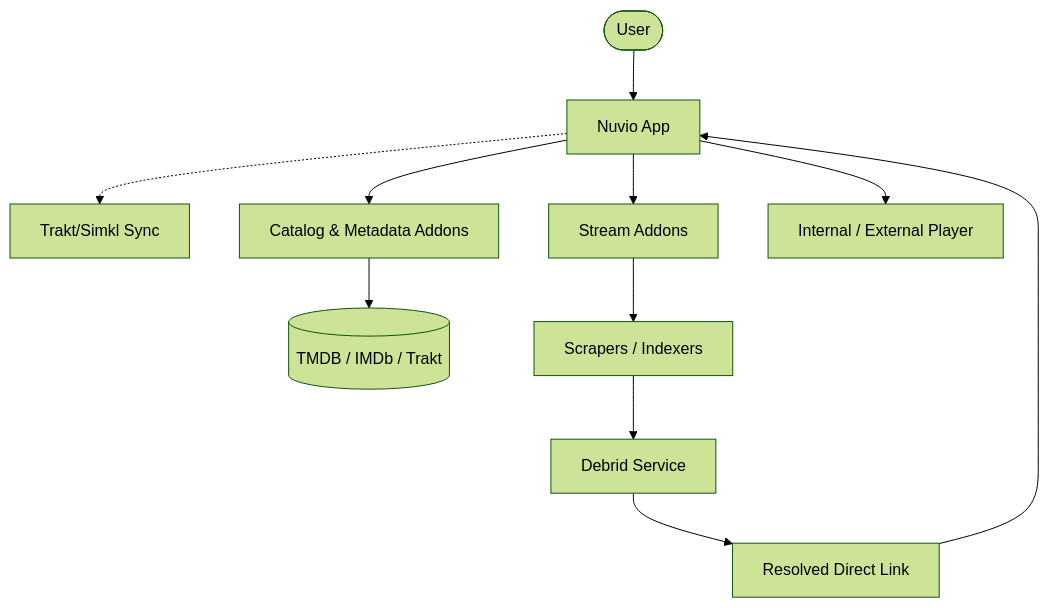
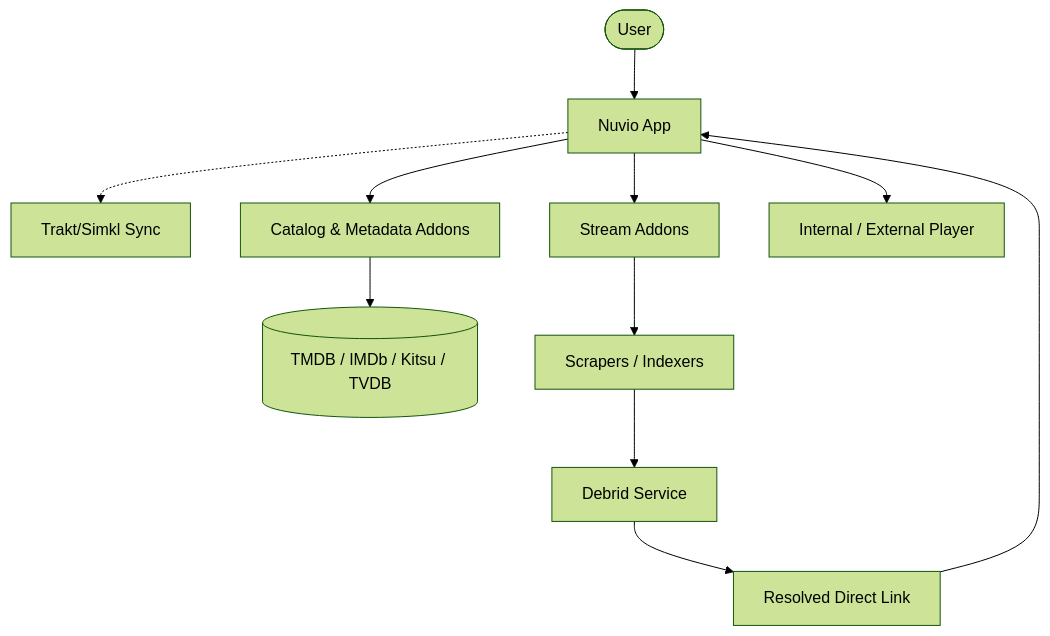
One commit to haaihond/Nuvio-Wiki changed the diagram in docs/overview.md. Above: the diagram before and after it, drawn with Mermaid (forest theme).

````diff
--- a/docs/overview.md
+++ b/docs/overview.md
@@ -14,21 +14,21 @@
 ```mermaid
 graph TD
     User([User]) --> App[Nuvio App]
     
     %% Syncing
     App -.-> Trakt[Trakt/Simkl Sync]
     
     %% UI Generation Flow
     App --> MetaAddons[Catalog & Metadata Addons]
-    MetaAddons --> Metadata[(TMDB / IMDb / Trakt)]
+    MetaAddons --> Metadata[(TMDB / IMDb / Kitsu / TVDB)]
     
     %% Playback Flow (Triggers on click)
     App --> StreamAddons[Stream Addons]
     StreamAddons --> Scrapers[Scrapers / Indexers]
     Scrapers --> Debrid[Debrid Service]
     
     %% Routing the stream
     Debrid --> Links[Resolved Direct Link]
     Links --> App
     App --> Player[Internal / External Player]
 ```
````
